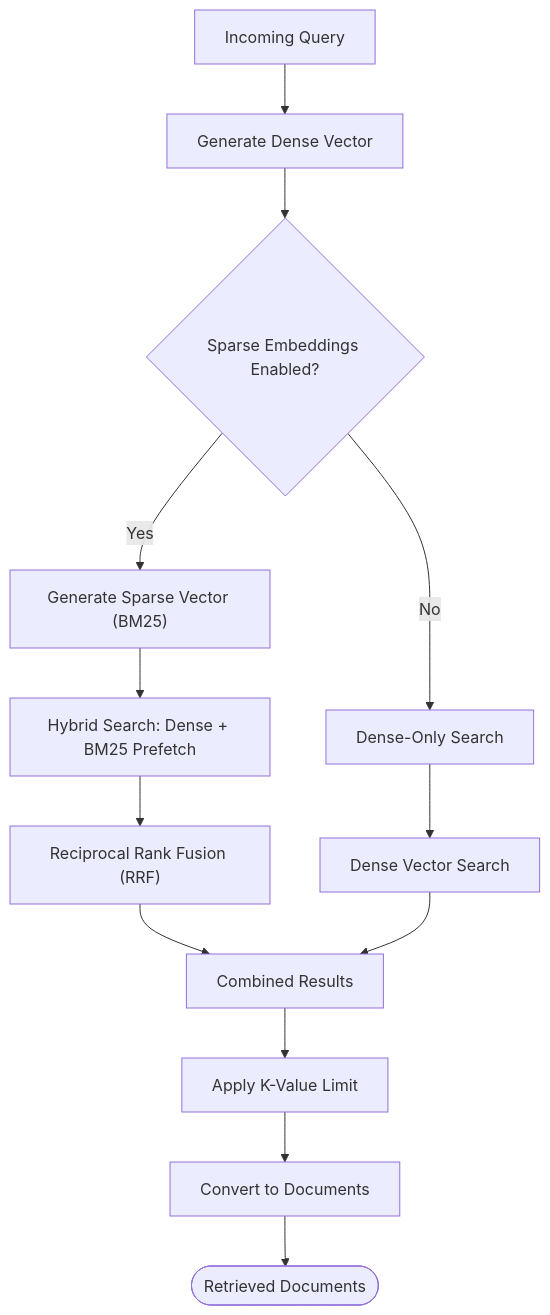
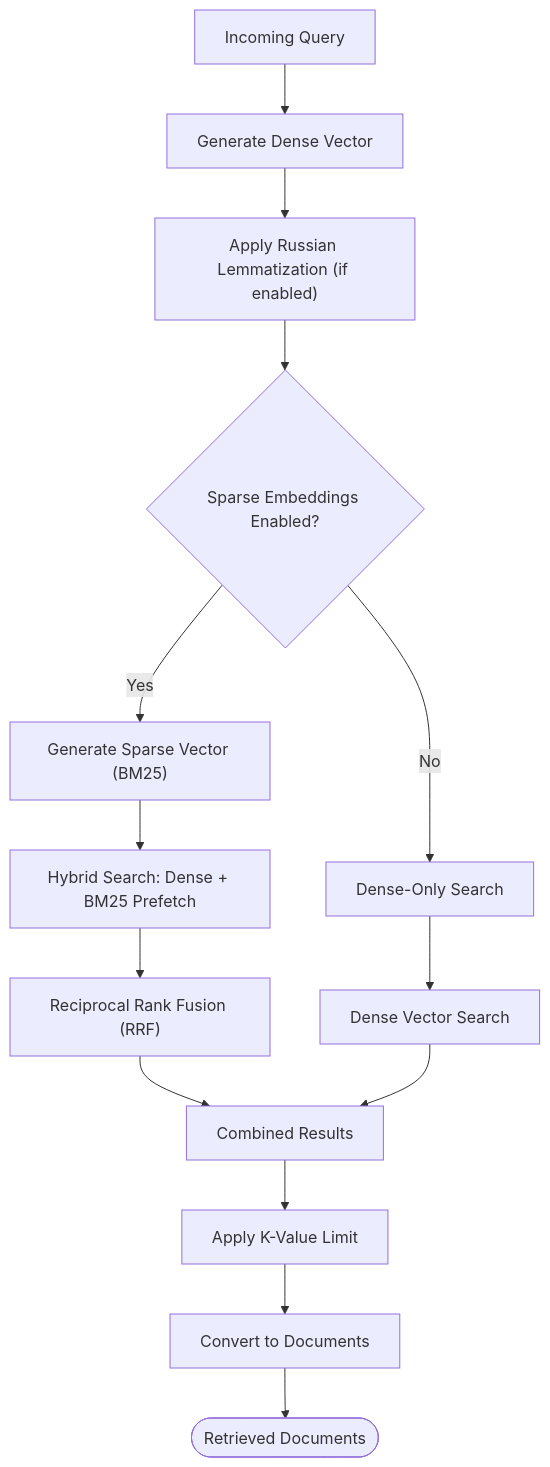
Diagram 18 of 23 in .qoder/repowiki/en/content/API Reference/RAG Microservice Architecture.md (ognelis/cafetera_hr_bot), drawn with Mermaid before and after one commit. The commit also changed other lines of this file and 51 other files, not shown here.

````diff
--- a/.qoder/repowiki/en/content/API Reference/RAG Microservice Architecture.md
+++ b/.qoder/repowiki/en/content/API Reference/RAG Microservice Architecture.md
@@ -474,15 +896,16 @@
 ```mermaid
 flowchart TD
 Query["Incoming Query"] --> DenseVec["Generate Dense Vector"]
-DenseVec --> HybridCheck{"Sparse Embeddings Enabled?"}
+DenseVec --> RussianPreprocess["Apply Russian Lemmatization (if enabled)"]
+RussianPreprocess --> HybridCheck{"Sparse Embeddings Enabled?"}
 HybridCheck --> |Yes| SparseVec["Generate Sparse Vector (BM25)"]
 HybridCheck --> |No| DenseOnly["Dense-Only Search"]
 SparseVec --> HybridSearch["Hybrid Search: Dense + BM25 Prefetch"]
 DenseOnly --> DenseSearch["Dense Vector Search"]
 HybridSearch --> RRFFusion["Reciprocal Rank Fusion (RRF)"]
 RRFFusion --> Results["Combined Results"]
 DenseSearch --> Results
 Results --> Limit["Apply K-Value Limit"]
 Limit --> Docs["Convert to Documents"]
 Docs --> End(["Retrieved Documents"])
 ```
````
